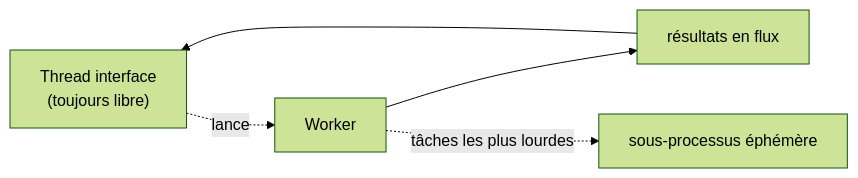
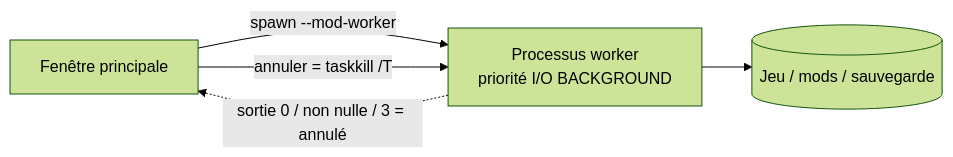
The second of 2 diagrams in docs/how-it-works/performance.fr.md (FreeProject089/BMM-Docs), drawn with Mermaid (forest theme) before and after one commit. The commit also changed other lines of this file and 7 other files, not shown here.

````diff
--- a/docs/how-it-works/performance.fr.md
+++ b/docs/how-it-works/performance.fr.md
@@ -28,7 +75,7 @@
 ```mermaid
 flowchart LR
-    UI["Thread interface<br/>(toujours libre)"] -. lance .-> WORKER["Worker"]
-    WORKER --> STREAM["résultats en flux"]
-    STREAM --> UI
-    WORKER -. "tâches les plus lourdes" .-> SUB["sous-processus éphémère"]
+    UI["Fenêtre principale"] -- "spawn --mod-worker" --> W["Processus worker<br/>priorité I/O BACKGROUND"]
+    W --> OS[("Jeu / mods / sauvegarde")]
+    UI -- "annuler = taskkill /T" --> W
+    W -. "sortie 0 / non nulle / 3 = annulé" .-> UI
 ```
````
